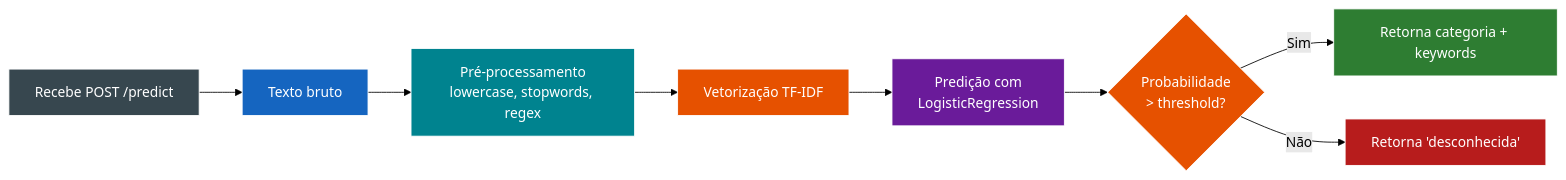
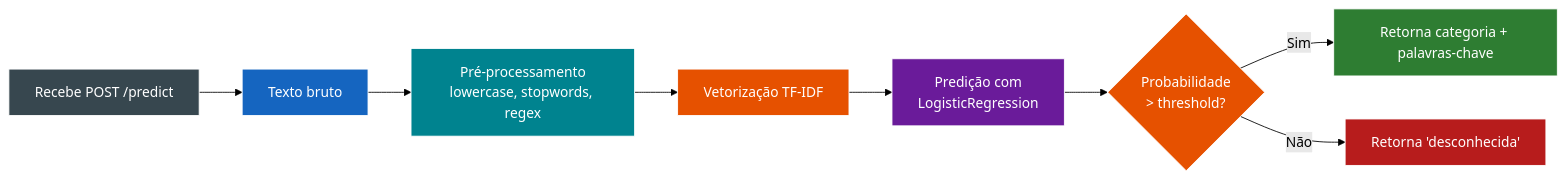
Before and after one commit to DessimA/tech-mind: the third of 3 diagrams in docs/04-historias-de-usuario.md, drawn with Mermaid (forest theme). The commit also changed other lines of this file and 2 other files, not shown here.

````diff
--- a/docs/04-historias-de-usuario.md
+++ b/docs/04-historias-de-usuario.md
@@ -146,19 +146,19 @@
 ```mermaid
 flowchart LR
     A[Recebe POST /predict] --> B[Texto bruto]
     B --> C[Pré-processamento<br/>lowercase, stopwords, regex]
     C --> D[Vetorização TF-IDF]
     D --> E[Predição com<br/>LogisticRegression]
     E --> F{Probabilidade<br/>> threshold?}
-    F -->|Sim| G[Retorna categoria + keywords]
+    F -->|Sim| G[Retorna categoria + palavras-chave]
     F -->|Não| H[Retorna 'desconhecida']
 
     style A fill:#37474F,color:#fff,stroke:#fff
     style B fill:#1565C0,color:#fff,stroke:#fff
     style C fill:#00838F,color:#fff,stroke:#fff
     style D fill:#E65100,color:#fff,stroke:#fff
     style E fill:#6A1B9A,color:#fff,stroke:#fff
     style F fill:#E65100,color:#fff,stroke:#fff
     style G fill:#2E7D32,color:#fff,stroke:#fff
     style H fill:#B71C1C,color:#fff,stroke:#fff
 ```
````
